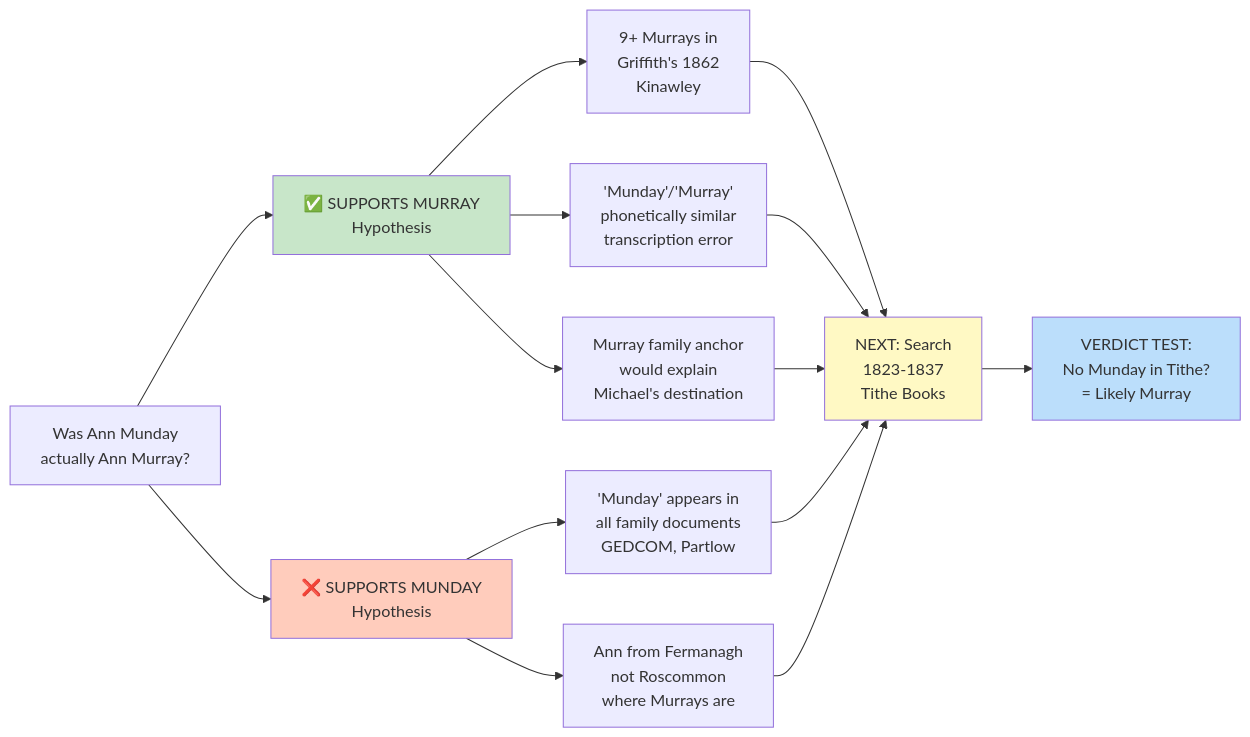
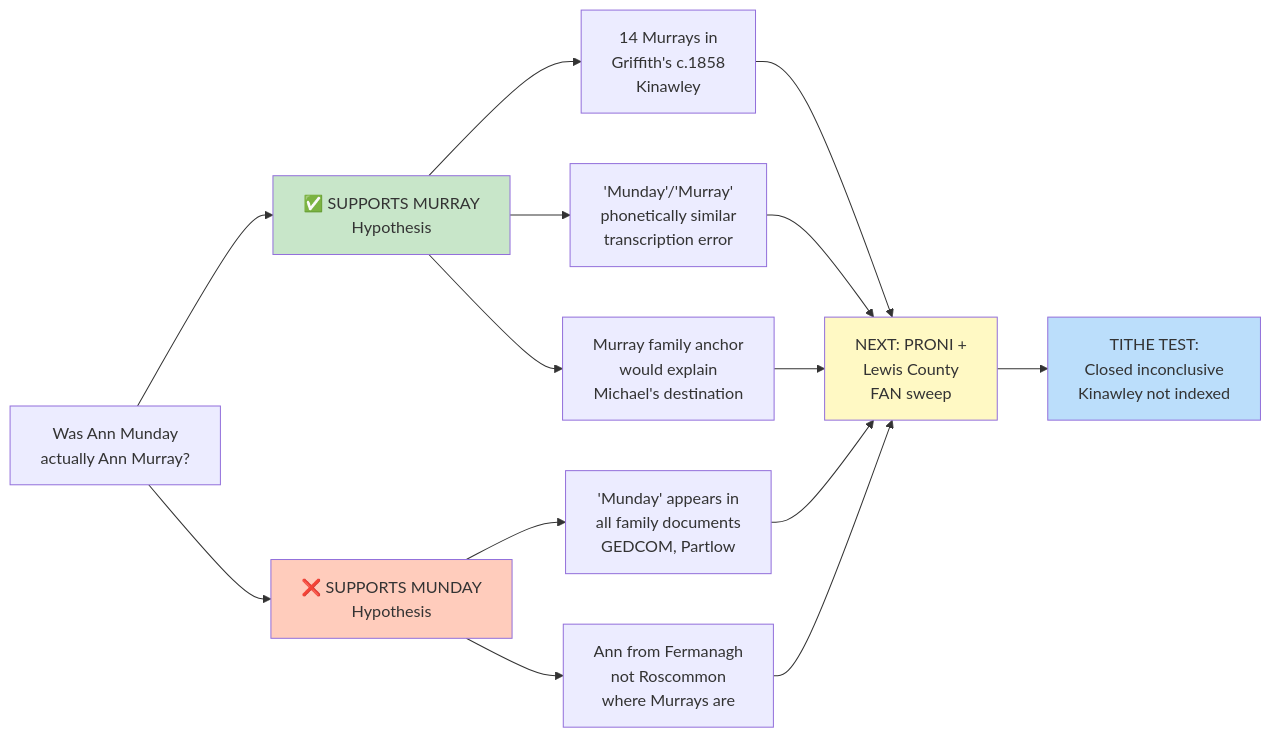
Before and after one commit to zcopley/copley-family-research: the second of 2 diagrams in People/Ann Copley.md, drawn with Mermaid. The commit also changed other lines of this file and 15 other files, not shown here.

Commit message:
Resolve RQ-M5 and add Gatton branch chart

````diff
--- a/People/Ann Copley.md
+++ b/People/Ann Copley.md
@@ -75,30 +75,30 @@
 ```mermaid
 graph LR
     QUEST["Was Ann Munday<br/>actually Ann Murray?"]
     
     FOR["✅ SUPPORTS MURRAY<br/>Hypothesis"]
     AGAINST["❌ SUPPORTS MUNDAY<br/>Hypothesis"]
     
     QUEST --> FOR
     QUEST --> AGAINST
     
-    FOR --> E1["9+ Murrays in<br/>Griffith's 1862<br/>Kinawley"]
+    FOR --> E1["14 Murrays in<br/>Griffith's c.1858<br/>Kinawley"]
     FOR --> E2["'Munday'/'Murray'<br/>phonetically similar<br/>transcription error"]
     FOR --> E3["Murray family anchor<br/>would explain<br/>Michael's destination"]
     
     AGAINST --> E4["'Munday' appears in<br/>all family documents<br/>GEDCOM, Partlow"]
     AGAINST --> E5["Ann from Fermanagh<br/>not Roscommon<br/>where Murrays are"]
     
-    E1 --> NEXT["NEXT: Search<br/>1823-1837<br/>Tithe Books"]
+    E1 --> NEXT["NEXT: PRONI +<br/>Lewis County<br/>FAN sweep"]
     E2 --> NEXT
     E3 --> NEXT
     E4 --> NEXT
     E5 --> NEXT
     
-    NEXT --> TEST["VERDICT TEST:<br/>No Munday in Tithe?<br/>= Likely Murray"]
+    NEXT --> TEST["TITHE TEST:<br/>Closed inconclusive<br/>Kinawley not indexed"]
     
     style FOR fill:#c8e6c9
     style AGAINST fill:#ffccbc
     style NEXT fill:#fff9c4
     style TEST fill:#bbdefb
 ```
````
